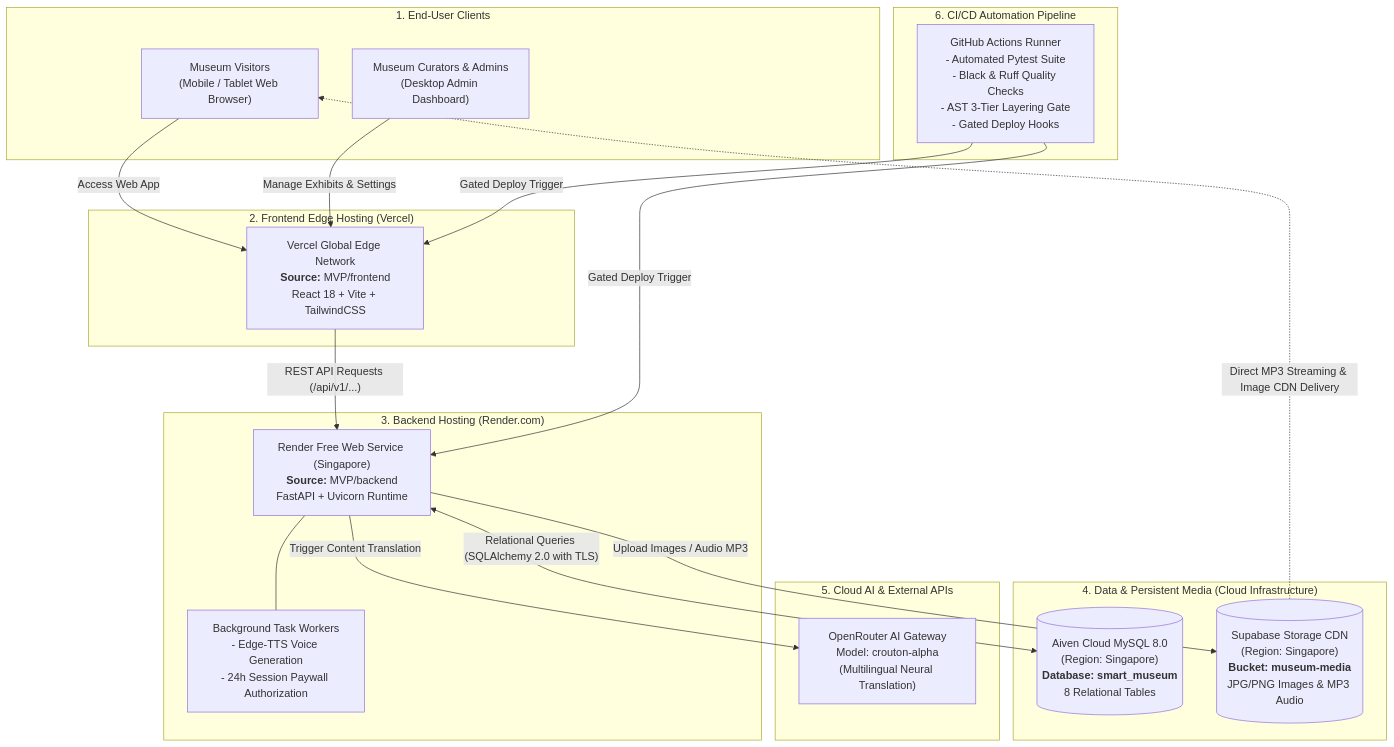
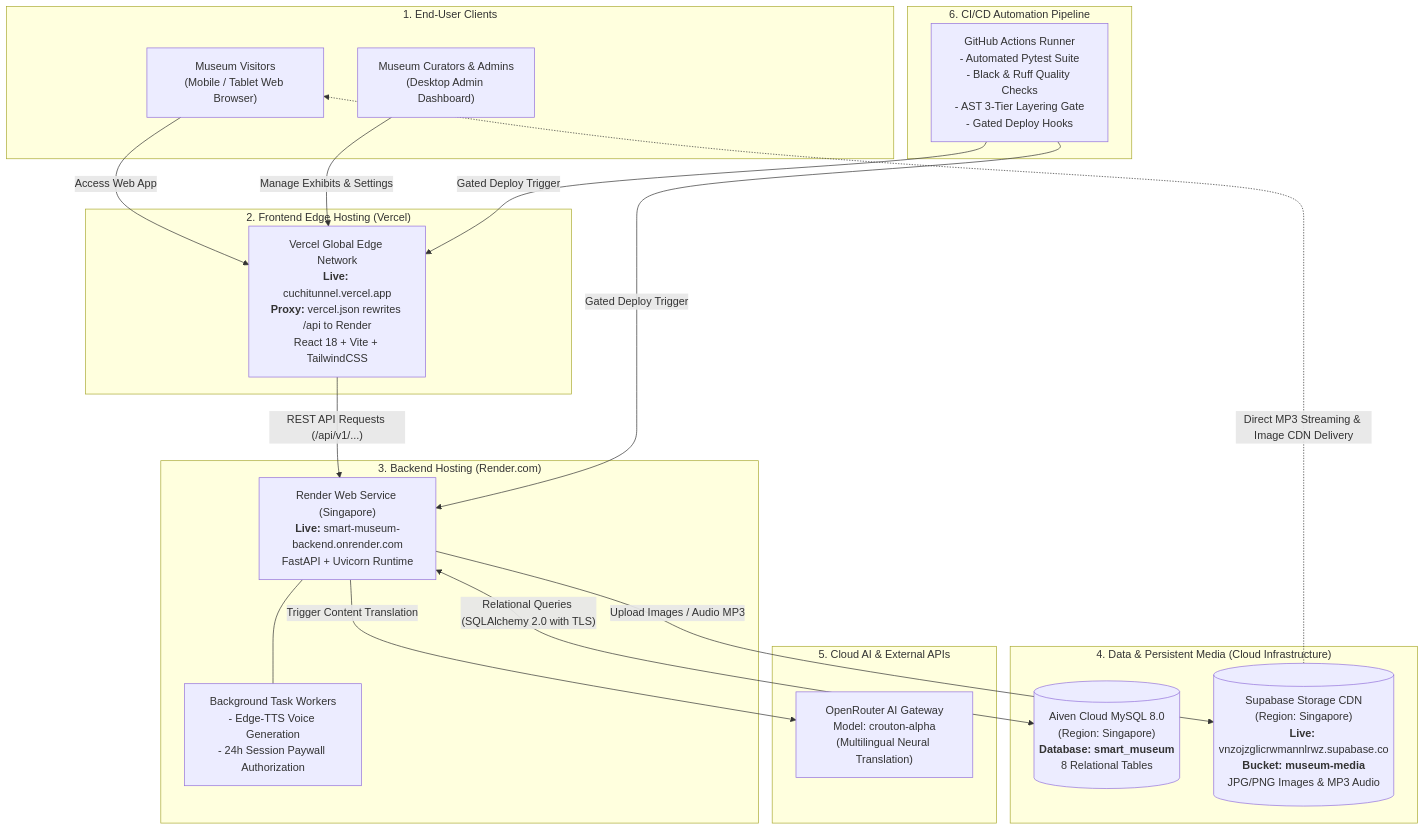
Before and after one commit to kkons2212/Software-Technology: the diagram in documents/DeploymentArchitecture.md, drawn with Mermaid. The commit also changed other lines of this file and 1 other file, not shown here.

Commit message:
docs: update deployment architecture and execution plan with live endpoints and progress status

````diff
--- a/documents/DeploymentArchitecture.md
+++ b/documents/DeploymentArchitecture.md
@@ -9,49 +9,49 @@
 ```mermaid
 flowchart TD
     subgraph Clients["1. End-User Clients"]
         Visitor["Museum Visitors<br/>(Mobile / Tablet Web Browser)"]
         AdminUser["Museum Curators & Admins<br/>(Desktop Admin Dashboard)"]
     end
 
     subgraph VercelCDN["2. Frontend Edge Hosting (Vercel)"]
-        VercelApp["Vercel Global Edge Network<br/><b>Source:</b> MVP/frontend<br/>React 18 + Vite + TailwindCSS"]
+        VercelApp["Vercel Global Edge Network<br/><b>Live:</b> cuchitunnel.vercel.app<br/><b>Proxy:</b> vercel.json rewrites /api to Render<br/>React 18 + Vite + TailwindCSS"]
     end
 
     subgraph RenderBackend["3. Backend Hosting (Render.com)"]
-        FastAPI["Render Free Web Service (Singapore)<br/><b>Source:</b> MVP/backend<br/>FastAPI + Uvicorn Runtime"]
+        FastAPI["Render Web Service (Singapore)<br/><b>Live:</b> smart-museum-backend.onrender.com<br/>FastAPI + Uvicorn Runtime"]
         BackgroundWorker["Background Task Workers<br/>- Edge-TTS Voice Generation<br/>- 24h Session Paywall Authorization"]
     end
 
     subgraph CloudData["4. Data & Persistent Media (Cloud Infrastructure)"]
         AivenDB[("Aiven Cloud MySQL 8.0<br/>(Region: Singapore)<br/><b>Database: smart_museum</b><br/>8 Relational Tables")]
-        SupabaseCDN[("Supabase Storage CDN<br/>(Region: Singapore)<br/><b>Bucket: museum-media</b><br/>JPG/PNG Images & MP3 Audio")]
+        SupabaseCDN[("Supabase Storage CDN<br/>(Region: Singapore)<br/><b>Live:</b> vnzojzglicrwmannlrwz.supabase.co<br/><b>Bucket: museum-media</b><br/>JPG/PNG Images & MP3 Audio")]
     end
 
     subgraph ExternalServices["5. Cloud AI & External APIs"]
         OpenRouter["OpenRouter AI Gateway<br/>Model: crouton-alpha<br/>(Multilingual Neural Translation)"]
     end
 
     subgraph Automation["6. CI/CD Automation Pipeline"]
         GitHubActions["GitHub Actions Runner<br/>- Automated Pytest Suite<br/>- Black & Ruff Quality Checks<br/>- AST 3-Tier Layering Gate<br/>- Gated Deploy Hooks"]
     end
 
     %% Client access
     Visitor -->|"Access Web App"| VercelApp
     AdminUser -->|"Manage Exhibits & Settings"| VercelApp
 
     %% Frontend to Backend
     VercelApp -->|"REST API Requests (/api/v1/...)"| FastAPI
 
     %% Backend integrations
     FastAPI <-->|"Relational Queries (SQLAlchemy 2.0 with TLS)"| AivenDB
     FastAPI -->|"Upload Images / Audio MP3"| SupabaseCDN
     FastAPI -->|"Trigger Content Translation"| OpenRouter
     FastAPI --- BackgroundWorker
 
     %% Direct Media delivery to Client
     SupabaseCDN -.->|"Direct MP3 Streaming & Image CDN Delivery"| Visitor
 
     %% CI/CD flow
     GitHubActions -->|"Gated Deploy Trigger"| VercelApp
     GitHubActions -->|"Gated Deploy Trigger"| FastAPI
 ```
````
